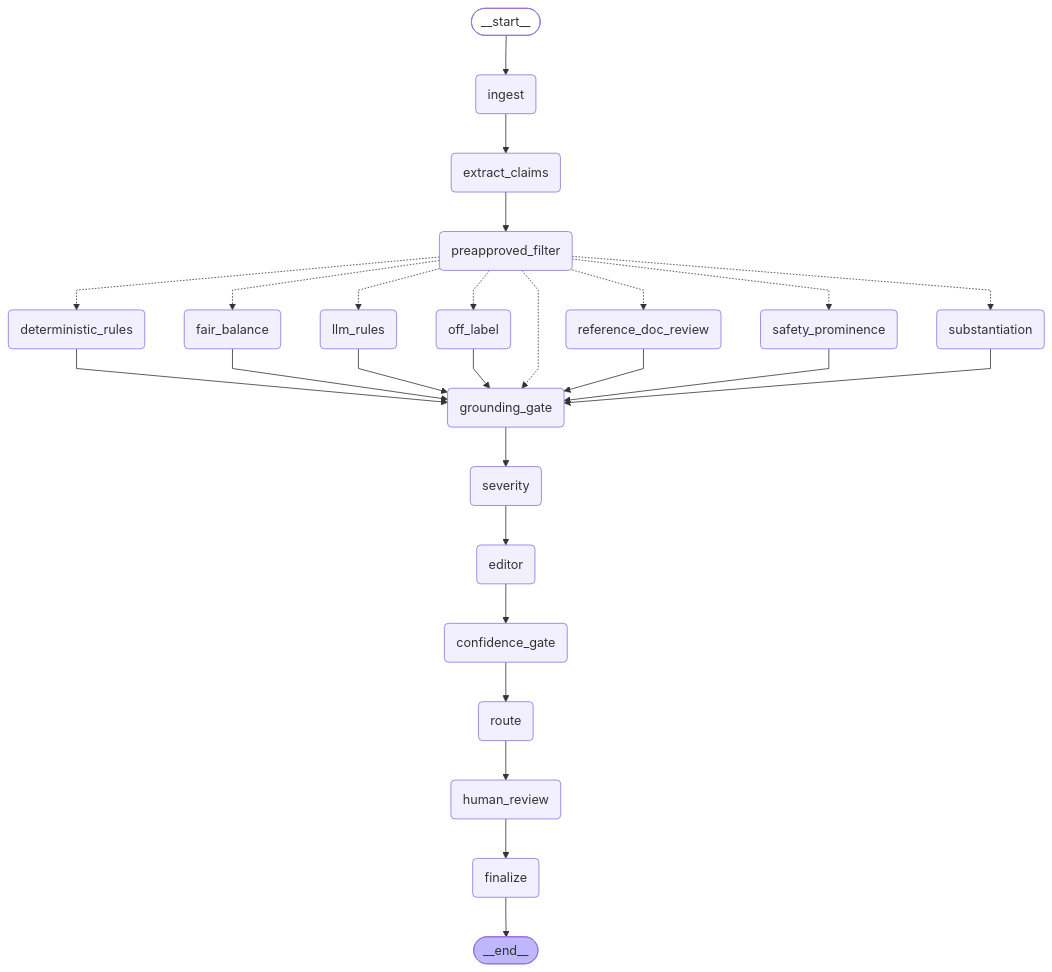
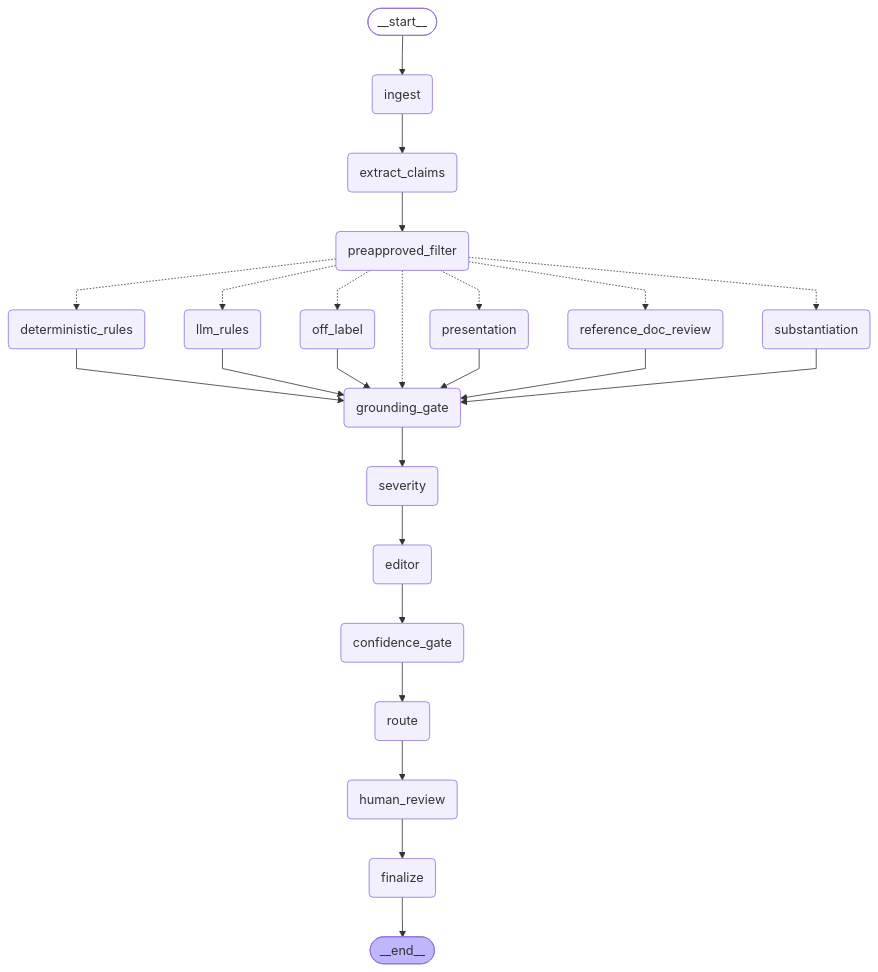
The diagram in docs/graph.mmd (supriyarao/mlr-review), drawn with Mermaid before and after one commit. The commit also changed 21 other files, not shown here.

```diff
--- a/docs/graph.mmd
+++ b/docs/graph.mmd
@@ -1,53 +1,50 @@
 ---
 config:
   flowchart:
     curve: linear
 ---
 graph TD;
 	__start__([<p>__start__</p>]):::first
 	ingest(ingest)
 	extract_claims(extract_claims)
 	preapproved_filter(preapproved_filter)
 	substantiation(substantiation)
 	off_label(off_label)
-	fair_balance(fair_balance)
-	safety_prominence(safety_prominence)
+	presentation(presentation)
 	deterministic_rules(deterministic_rules)
 	llm_rules(llm_rules)
 	reference_doc_review(reference_doc_review)
 	grounding_gate(grounding_gate)
 	severity(severity)
 	editor(editor)
 	confidence_gate(confidence_gate)
 	route(route)
 	human_review(human_review)
 	finalize(finalize)
 	__end__([<p>__end__</p>]):::last
 	__start__ --> ingest;
 	confidence_gate --> route;
 	deterministic_rules --> grounding_gate;
 	editor --> confidence_gate;
 	extract_claims --> preapproved_filter;
-	fair_balance --> grounding_gate;
 	grounding_gate --> severity;
 	human_review --> finalize;
 	ingest --> extract_claims;
 	llm_rules --> grounding_gate;
 	off_label --> grounding_gate;
 	preapproved_filter -.-> deterministic_rules;
-	preapproved_filter -.-> fair_balance;
 	preapproved_filter -.-> grounding_gate;
 	preapproved_filter -.-> llm_rules;
 	preapproved_filter -.-> off_label;
+	preapproved_filter -.-> presentation;
 	preapproved_filter -.-> reference_doc_review;
-	preapproved_filter -.-> safety_prominence;
 	preapproved_filter -.-> substantiation;
+	presentation --> grounding_gate;
 	reference_doc_review --> grounding_gate;
 	route --> human_review;
-	safety_prominence --> grounding_gate;
 	severity --> editor;
 	substantiation --> grounding_gate;
 	finalize --> __end__;
 	classDef default fill:#f2f0ff,line-height:1.2
 	classDef first fill-opacity:0
 	classDef last fill:#bfb6fc
```
